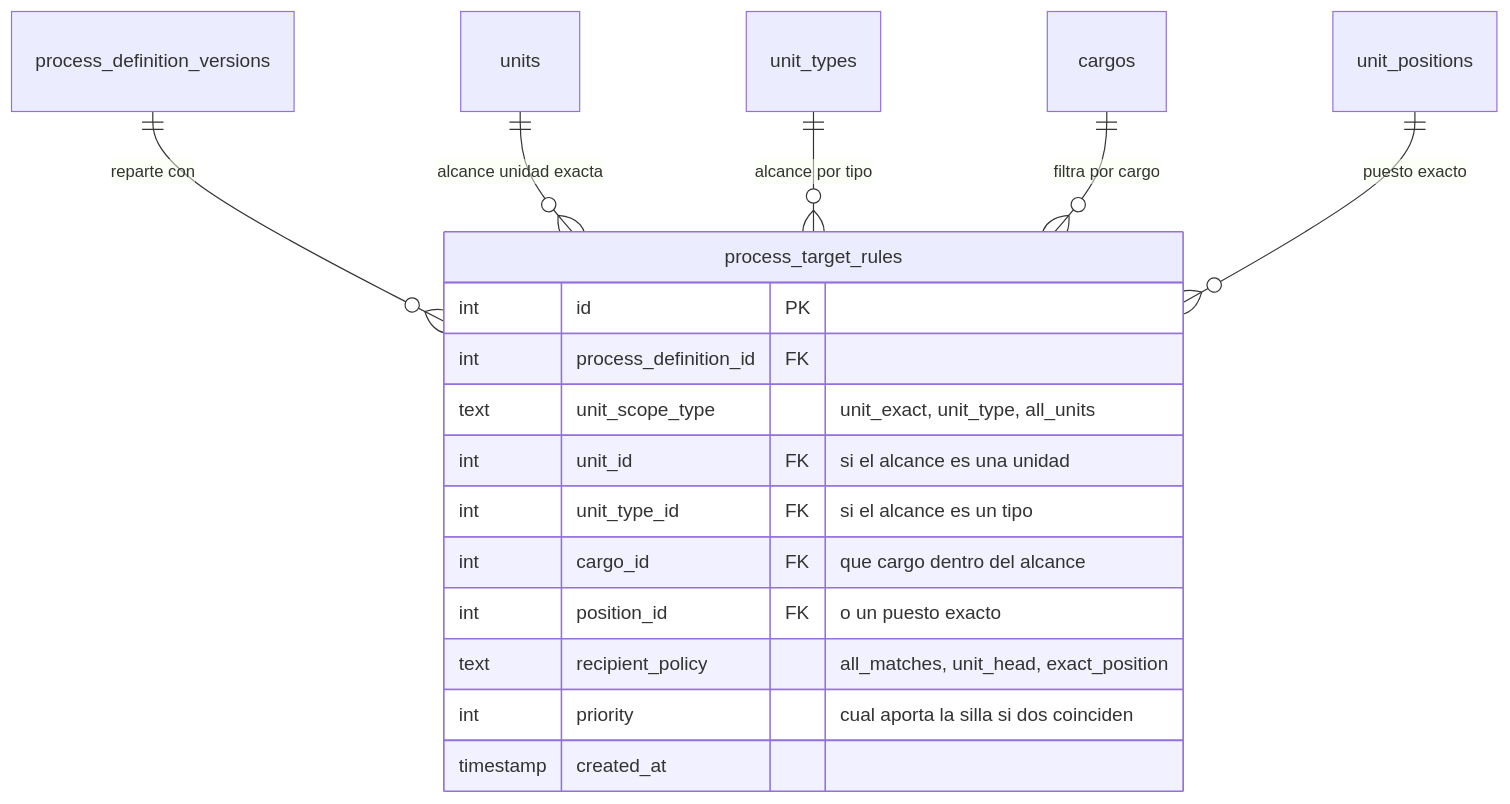
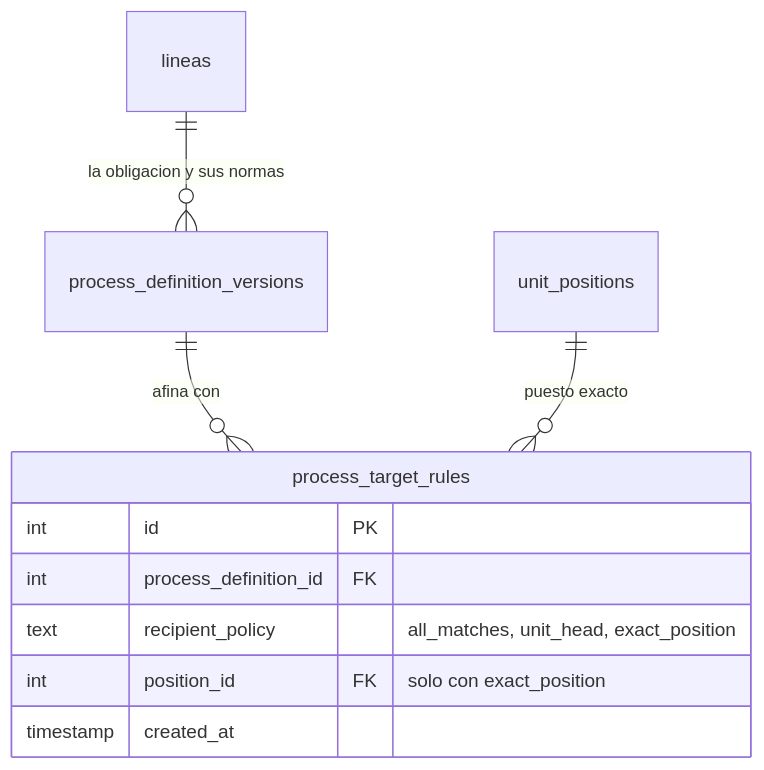
One commit to fresvel/deasy changed the diagram in docs/src/content/docs/modelo/reparto.md. Above: the diagram before and after it, drawn with Mermaid. The commit also changed other lines of this file and 40 other files, not shown here.

First line of the commit message:
feat(f25): P10 — la regla se queda solo con el afinado, y pierde cinco columnas

````diff
--- a/docs/src/content/docs/modelo/reparto.md
+++ b/docs/src/content/docs/modelo/reparto.md
@@ -108,21 +136,18 @@
 ```mermaid
 erDiagram
-  process_definition_versions ||--o{ process_target_rules : "reparte con"
-  units ||--o{ process_target_rules : "alcance unidad exacta"
-  unit_types ||--o{ process_target_rules : "alcance por tipo"
-  cargos ||--o{ process_target_rules : "filtra por cargo"
+  %% parcial: `lineas` y `process_definition_versions` salen solo como el extremo de su relacion,
+  %% para situar de donde viene el alcance. Sus columnas estan en /modelo/mapa-con-campos/
+  lineas ||--o{ process_definition_versions : "la obligacion y sus normas"
+  process_definition_versions ||--o{ process_target_rules : "afina con"
   unit_positions ||--o{ process_target_rules : "puesto exacto"
 
   process_target_rules {
     int id PK
     int process_definition_id FK
-    text unit_scope_type "unit_exact, unit_type, all_units"
-    int unit_id FK "si el alcance es una unidad"
-    int unit_type_id FK "si el alcance es un tipo"
-    int cargo_id FK "que cargo dentro del alcance"
-    int position_id FK "o un puesto exacto"
+
     text recipient_policy "all_matches, unit_head, exact_position"
-    int priority "cual aporta la silla si dos coinciden"
+    int position_id FK "solo con exact_position"
+
     timestamp created_at
   }
 ```
````
